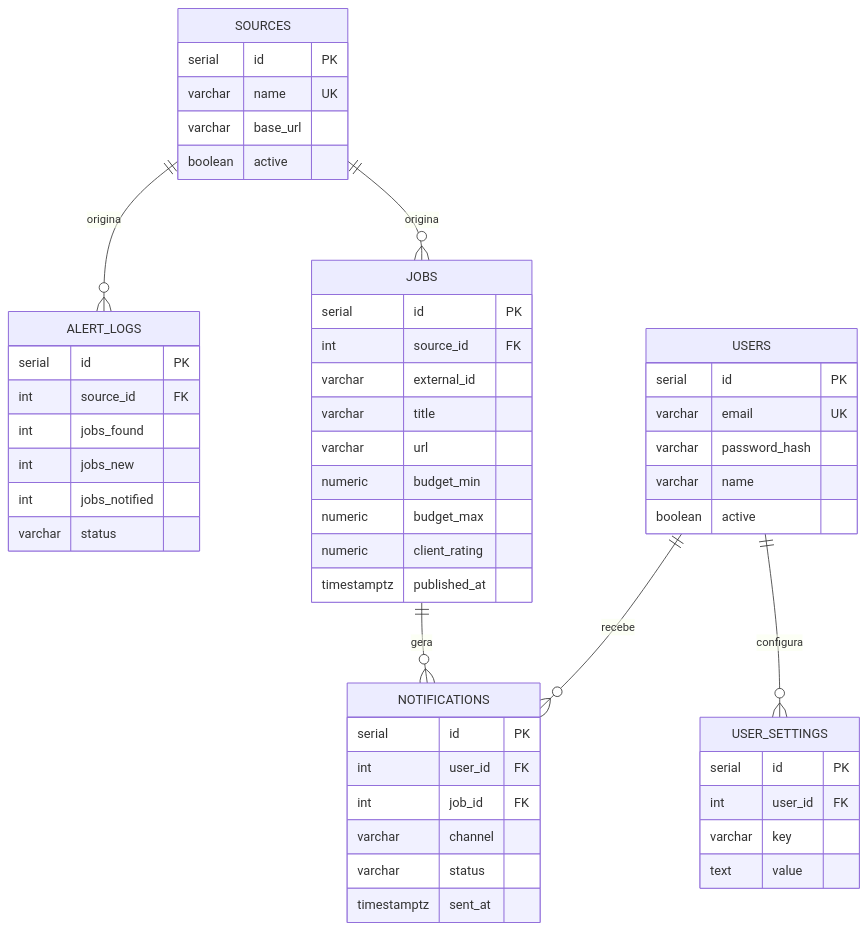
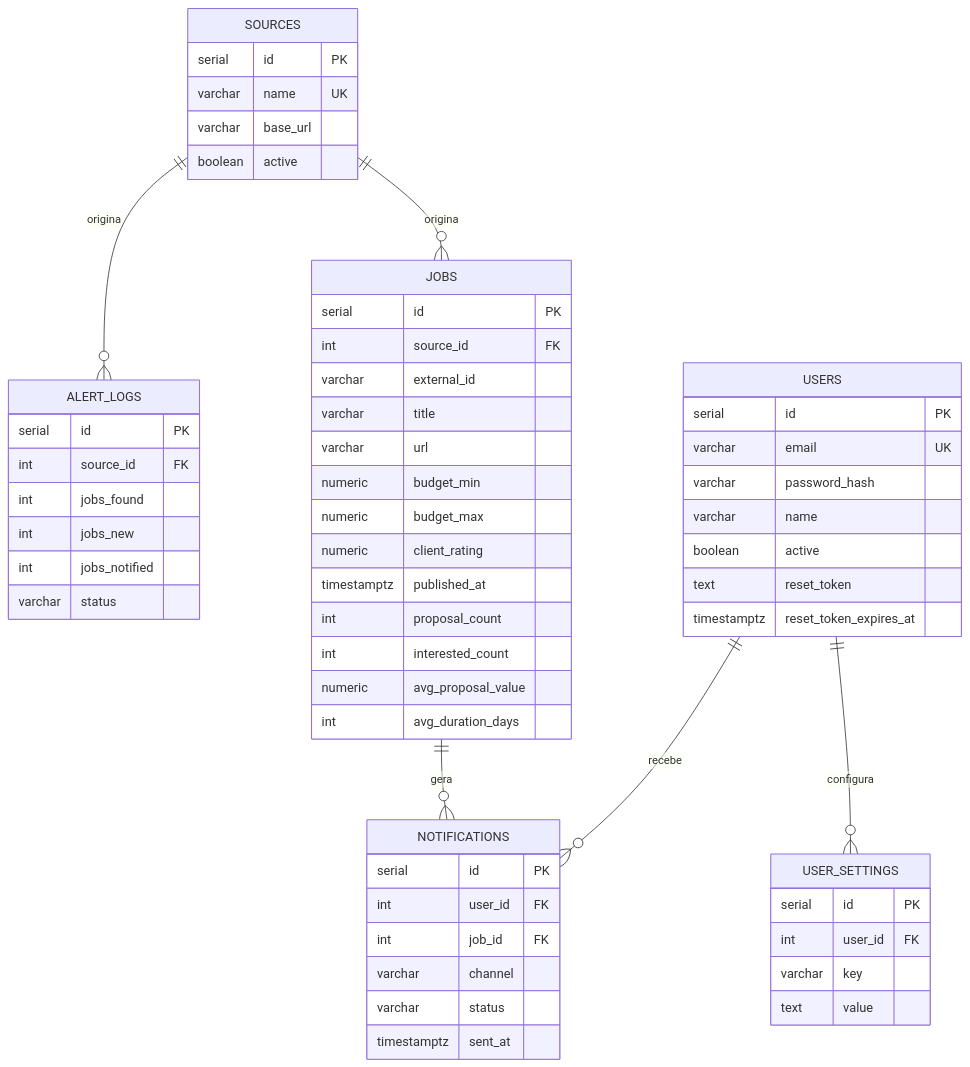
One commit to leandro-hd/job4devs changed the diagram in docs/03-database.md. Above: the diagram before and after it, drawn with Mermaid. The commit also changed other lines of this file and 4 other files, not shown here.

````diff
--- a/docs/03-database.md
+++ b/docs/03-database.md
@@ -23,60 +23,66 @@
 ```mermaid
 erDiagram
     SOURCES ||--o{ JOBS : "origina"
     SOURCES ||--o{ ALERT_LOGS : "origina"
     USERS ||--o{ USER_SETTINGS : "configura"
     USERS ||--o{ NOTIFICATIONS : "recebe"
     JOBS ||--o{ NOTIFICATIONS : "gera"
 
     SOURCES {
         serial id PK
         varchar name UK
         varchar base_url
         boolean active
     }
 
     USERS {
         serial id PK
         varchar email UK
         varchar password_hash
         varchar name
         boolean active
+        text reset_token
+        timestamptz reset_token_expires_at
     }
 
     USER_SETTINGS {
         serial id PK
         int user_id FK
         varchar key
         text value
     }
 
     JOBS {
         serial id PK
         int source_id FK
         varchar external_id
         varchar title
         varchar url
         numeric budget_min
         numeric budget_max
         numeric client_rating
         timestamptz published_at
+        int proposal_count
+        int interested_count
+        numeric avg_proposal_value
+        int avg_duration_days
     }
 
     NOTIFICATIONS {
         serial id PK
         int user_id FK
         int job_id FK
         varchar channel
         varchar status
         timestamptz sent_at
     }
 
     ALERT_LOGS {
         serial id PK
         int source_id FK
         int jobs_found
         int jobs_new
         int jobs_notified
         varchar status
     }
 ```
````
